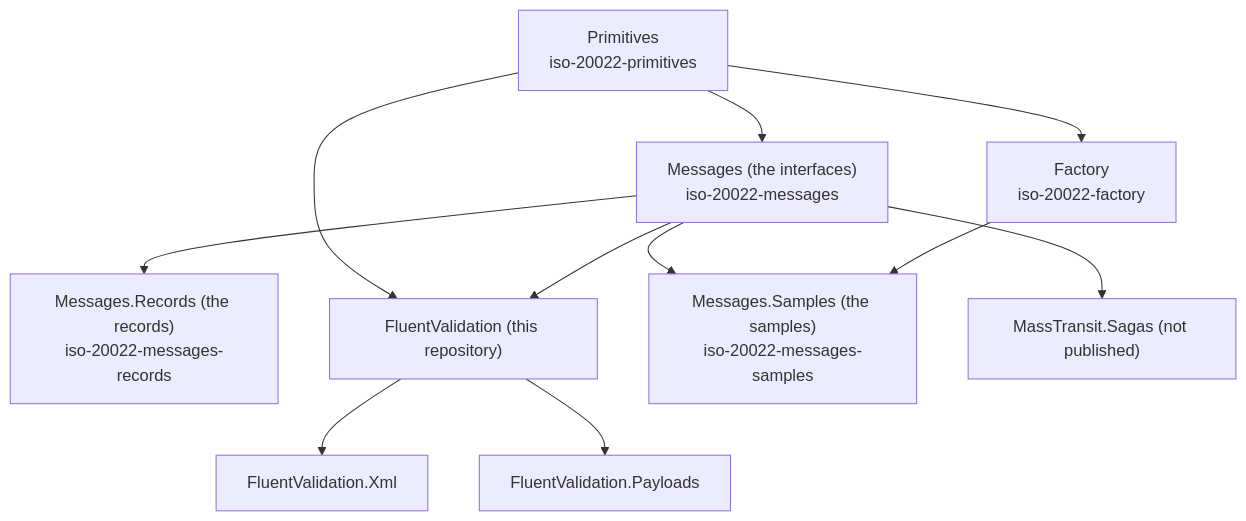
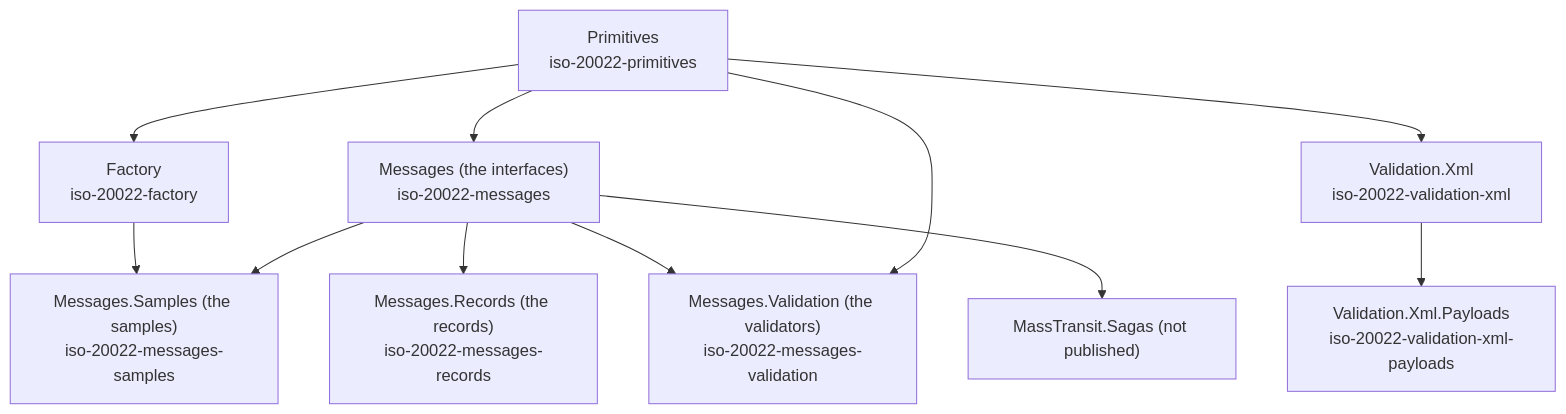
Before and after one commit to Beneficial-Strategies/Iso20022Library: the diagram in doc/Package-Dependencies.md, drawn with Mermaid. The commit also changed other lines of this file and 1747 other files, not shown here.

````diff
--- a/doc/Package-Dependencies.md
+++ b/doc/Package-Dependencies.md
@@ -5,13 +5,13 @@
 ```mermaid
 flowchart TD
     P["Primitives<br/>iso-20022-primitives"] --> F["Factory<br/>iso-20022-factory"]
     P --> M["Messages (the interfaces)<br/>iso-20022-messages"]
     M --> R["Messages.Records (the records)<br/>iso-20022-messages-records"]
-    M --> V["FluentValidation (this repository)"]
+    M --> V["Messages.Validation (the validators)<br/>iso-20022-messages-validation"]
     P --> V
-    V --> X["FluentValidation.Xml"]
-    V --> L["FluentValidation.Payloads"]
+    P --> X["Validation.Xml<br/>iso-20022-validation-xml"]
+    X --> L["Validation.Xml.Payloads<br/>iso-20022-validation-xml-payloads"]
     F --> S["Messages.Samples (the samples)<br/>iso-20022-messages-samples"]
     M --> S
     M --> G["MassTransit.Sagas (not published)"]
 ```
````
